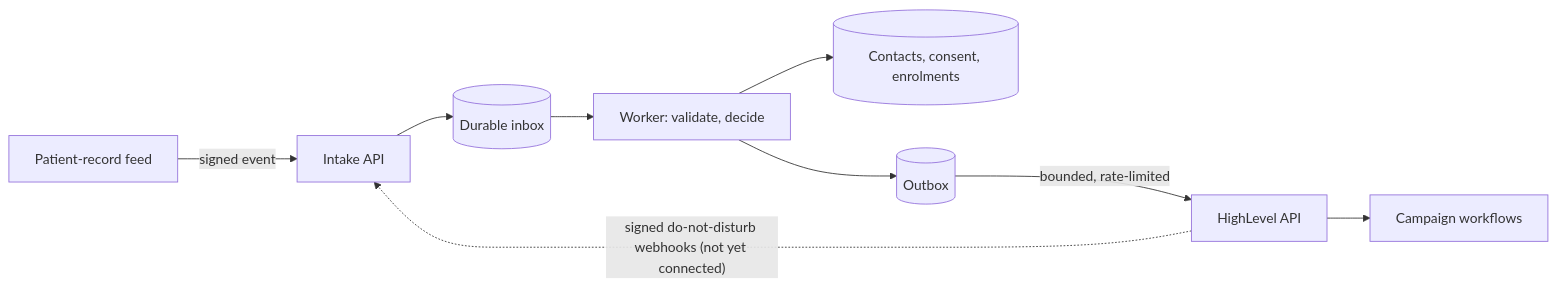
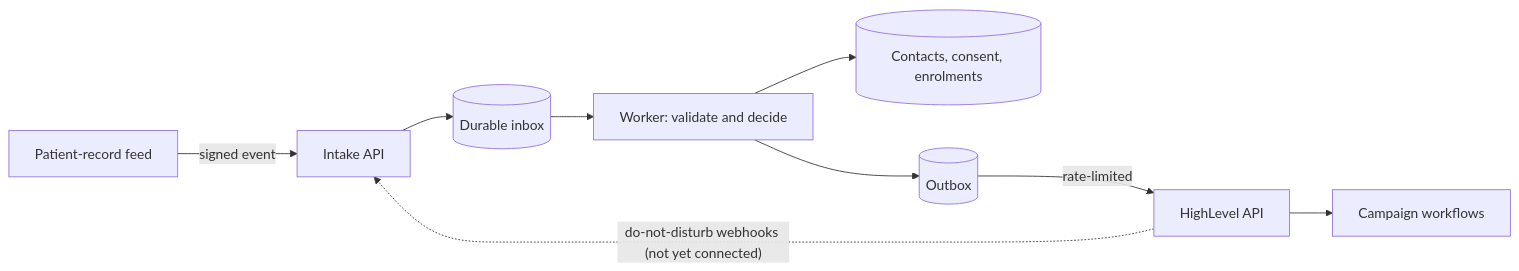
The diagram in docs/PATIENT-MESSAGING.md (Zahidulislam2222/dental-clinic), drawn with Mermaid before and after one commit. The commit also changed other lines of this file and 55 other files, not shown here.

````diff
--- a/docs/PATIENT-MESSAGING.md
+++ b/docs/PATIENT-MESSAGING.md
@@ -31,11 +28,11 @@
 ```mermaid
 flowchart LR
     EHR[Patient-record feed] -- signed event --> Intake[Intake API]
     Intake --> Inbox[(Durable inbox)]
-    Inbox --> Worker[Worker: validate, decide]
+    Inbox --> Worker[Worker: validate and decide]
     Worker --> State[(Contacts, consent, enrolments)]
     Worker --> Outbox[(Outbox)]
-    Outbox -- bounded, rate-limited --> HL[HighLevel API]
+    Outbox -- rate-limited --> HL[HighLevel API]
     HL --> WF[Campaign workflows]
-    HL -. signed do-not-disturb webhooks (not yet connected) .-> Intake
+    HL -. do-not-disturb webhooks (not yet connected) .-> Intake
 ```
````
